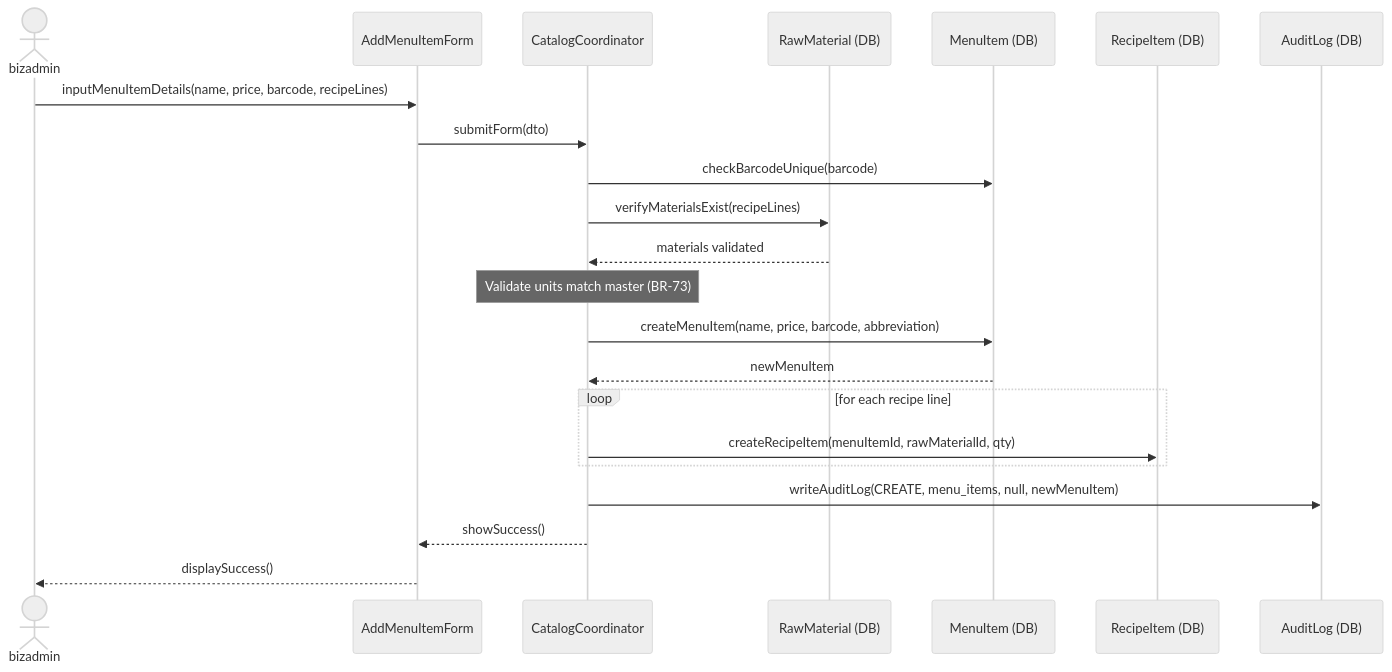
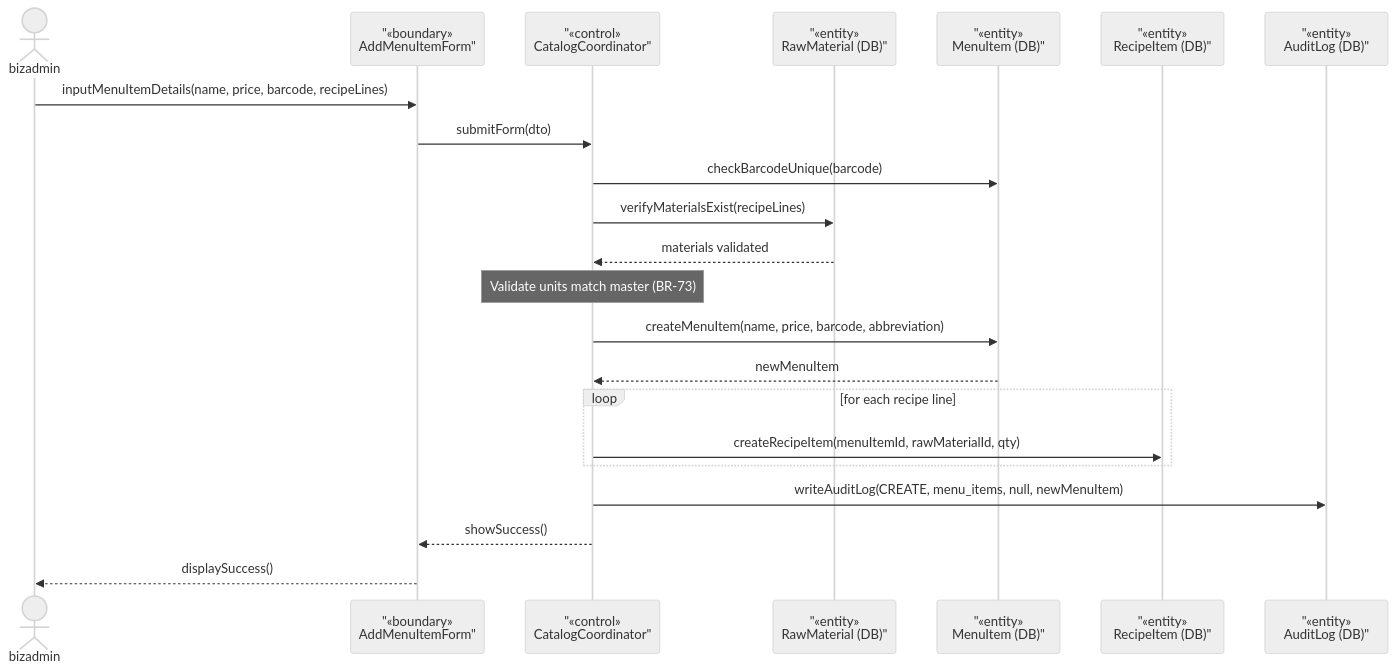
The second of 5 diagrams in rds_sections/06_detailed_3_3_menu_category.md (Shaichi/Khoga_coffe_shop), drawn with Mermaid (neutral theme) before and after one commit. The commit also changed other lines of this file and 13 other files, not shown here.

````diff
--- a/rds_sections/06_detailed_3_3_menu_category.md
+++ b/rds_sections/06_detailed_3_3_menu_category.md
@@ -134,25 +134,25 @@
 ```mermaid
 sequenceDiagram
     actor bizadmin
-    participant AddForm as AddMenuItemForm
-    participant CatalogCoord as CatalogCoordinator
-    participant RawMatDB as RawMaterial (DB)
-    participant MenuDB as MenuItem (DB)
-    participant RecipeDB as RecipeItem (DB)
-    participant AuditDB as AuditLog (DB)
+participant AddForm as "«boundary»<br/>AddMenuItemForm"
+participant CatalogCoord as "«control»<br/>CatalogCoordinator"
+participant RawMatDB as "«entity»<br/>RawMaterial (DB)"
+participant MenuDB as "«entity»<br/>MenuItem (DB)"
+participant RecipeDB as "«entity»<br/>RecipeItem (DB)"
+participant AuditDB as "«entity»<br/>AuditLog (DB)"
 
     bizadmin->>AddForm: inputMenuItemDetails(name, price, barcode, recipeLines)
     AddForm->>CatalogCoord: submitForm(dto)
     CatalogCoord->>MenuDB: checkBarcodeUnique(barcode)
     CatalogCoord->>RawMatDB: verifyMaterialsExist(recipeLines)
     RawMatDB-->>CatalogCoord: materials validated
     Note over CatalogCoord: Validate units match master (BR-73)
     CatalogCoord->>MenuDB: createMenuItem(name, price, barcode, abbreviation)
     MenuDB-->>CatalogCoord: newMenuItem
     loop for each recipe line
         CatalogCoord->>RecipeDB: createRecipeItem(menuItemId, rawMaterialId, qty)
     end
     CatalogCoord->>AuditDB: writeAuditLog(CREATE, menu_items, null, newMenuItem)
     CatalogCoord-->>AddForm: showSuccess()
     AddForm-->>bizadmin: displaySuccess()
 ```
````
